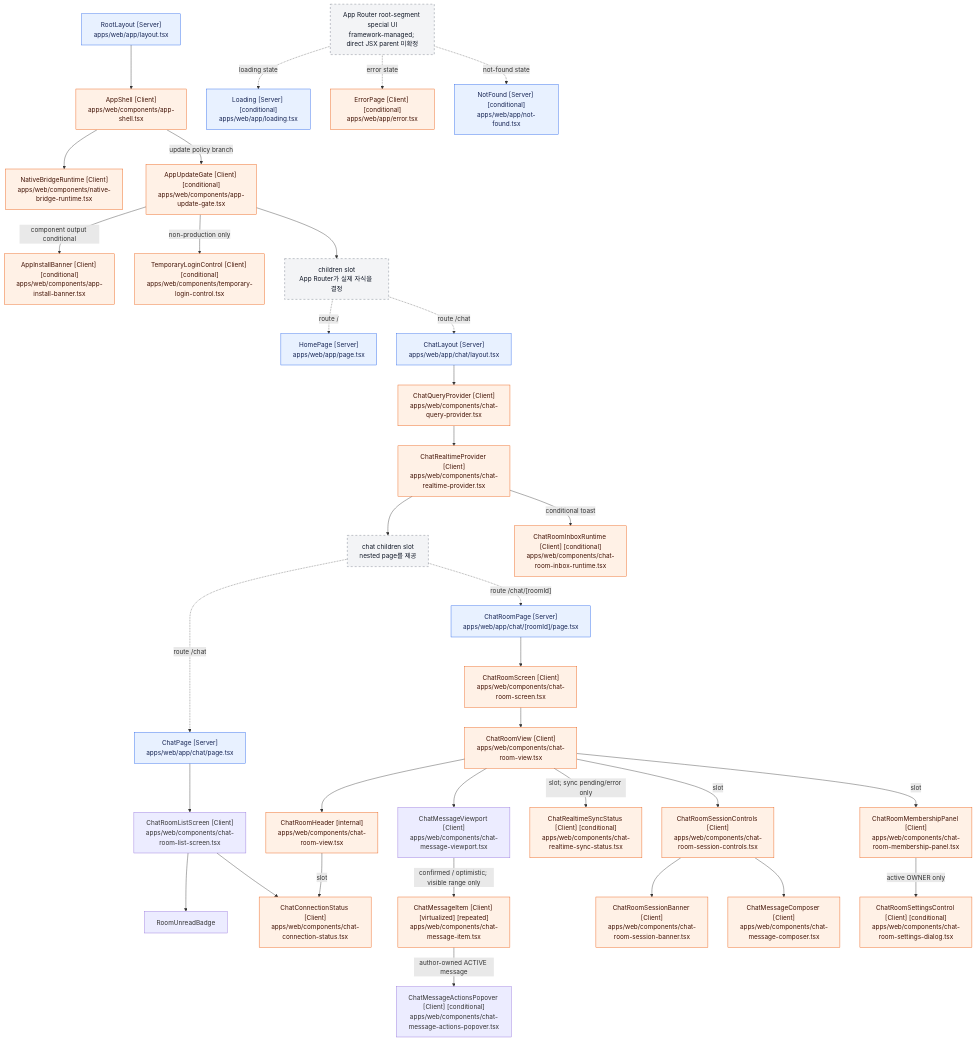
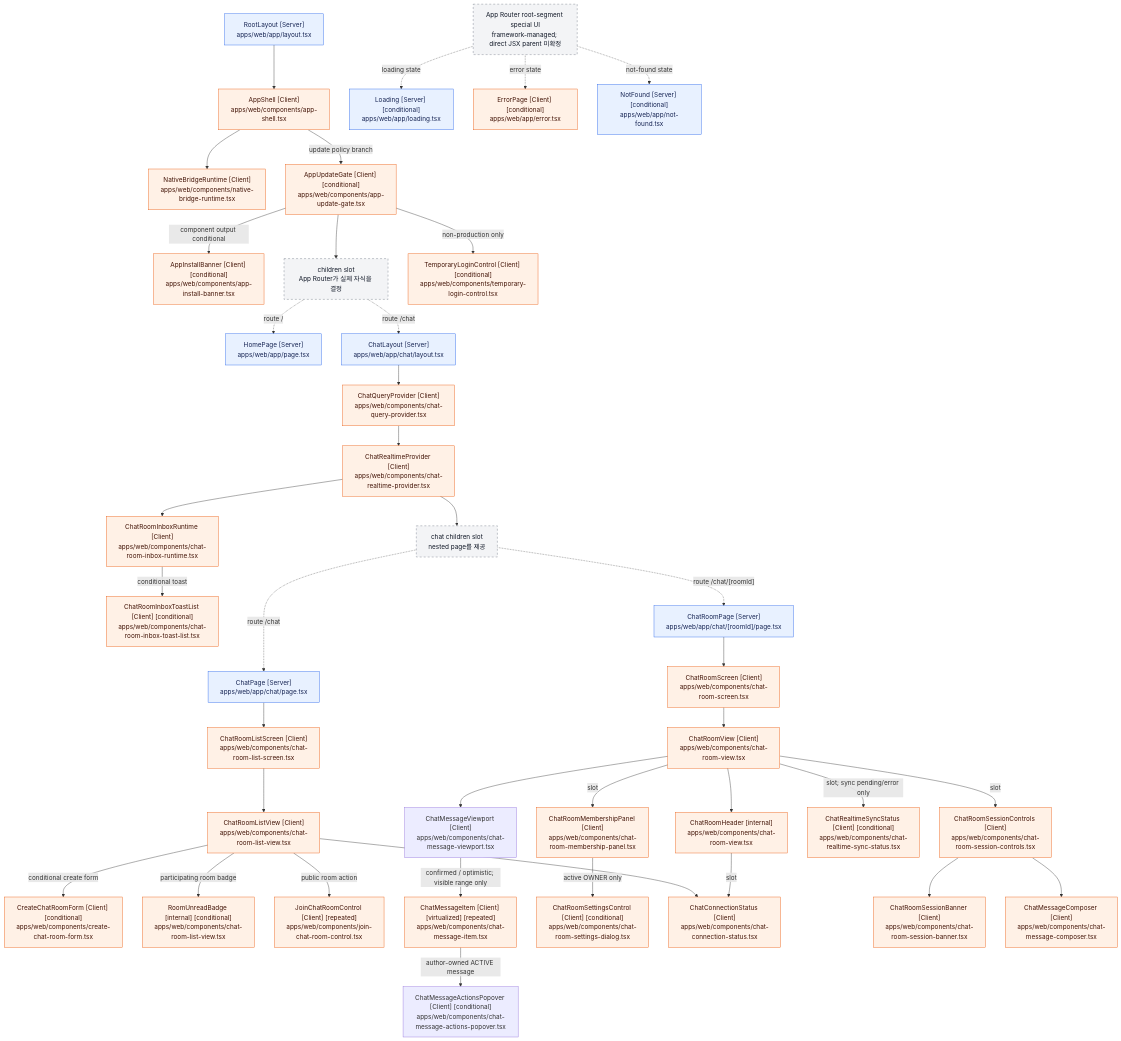
The diagram in docs/architecture/react-component-tree.md (mokpombc17-coder/CIVIC-AI), drawn with Mermaid before and after one commit. The commit also changed other lines of this file and 10 other files, not shown here.

Commit message:
refactor(web): separate chat room list UI behavior

````diff
--- a/docs/architecture/react-component-tree.md
+++ b/docs/architecture/react-component-tree.md
@@ -130,10 +139,15 @@
     ChatLayout["ChatLayout [Server]<br/>apps/web/app/chat/layout.tsx"]
     ChatQueryProvider["ChatQueryProvider [Client]<br/>apps/web/components/chat-query-provider.tsx"]
     ChatRealtimeProvider["ChatRealtimeProvider [Client]<br/>apps/web/components/chat-realtime-provider.tsx"]
-    ChatRoomInboxRuntime["ChatRoomInboxRuntime [Client] [conditional]<br/>apps/web/components/chat-room-inbox-runtime.tsx"]
+    ChatRoomInboxRuntime["ChatRoomInboxRuntime [Client]<br/>apps/web/components/chat-room-inbox-runtime.tsx"]
+    ChatRoomInboxToastList["ChatRoomInboxToastList [Client] [conditional]<br/>apps/web/components/chat-room-inbox-toast-list.tsx"]
     ChatChildrenSlot["chat children slot<br/>nested page를 제공"]
     ChatPage["ChatPage [Server]<br/>apps/web/app/chat/page.tsx"]
     ChatRoomListScreen["ChatRoomListScreen [Client]<br/>apps/web/components/chat-room-list-screen.tsx"]
+    ChatRoomListView["ChatRoomListView [Client]<br/>apps/web/components/chat-room-list-view.tsx"]
+    CreateChatRoomForm["CreateChatRoomForm [Client] [conditional]<br/>apps/web/components/create-chat-room-form.tsx"]
+    RoomUnreadBadge["RoomUnreadBadge [internal] [conditional]<br/>apps/web/components/chat-room-list-view.tsx"]
+    JoinChatRoomControl["JoinChatRoomControl [Client] [repeated]<br/>apps/web/components/join-chat-room-control.tsx"]
     ChatRoomPage["ChatRoomPage [Server]<br/>apps/web/app/chat/[roomId]/page.tsx"]
     ChatRoomScreen["ChatRoomScreen [Client]<br/>apps/web/components/chat-room-screen.tsx"]
     ChatRoomView["ChatRoomView [Client]<br/>apps/web/components/chat-room-view.tsx"]
@@ -167,12 +181,16 @@
     ChatLayout --> ChatQueryProvider
     ChatQueryProvider --> ChatRealtimeProvider
     ChatRealtimeProvider --> ChatChildrenSlot
-    ChatRealtimeProvider -->|"conditional toast"| ChatRoomInboxRuntime
+    ChatRealtimeProvider --> ChatRoomInboxRuntime
+    ChatRoomInboxRuntime -->|"conditional toast"| ChatRoomInboxToastList
     ChatChildrenSlot -. "route /chat" .-> ChatPage
     ChatChildrenSlot -. "route /chat/[roomId]" .-> ChatRoomPage
     ChatPage --> ChatRoomListScreen
-    ChatRoomListScreen --> RoomUnreadBadge
-    ChatRoomListScreen --> ChatConnectionStatus
+    ChatRoomListScreen --> ChatRoomListView
+    ChatRoomListView --> ChatConnectionStatus
+    ChatRoomListView -->|"conditional create form"| CreateChatRoomForm
+    ChatRoomListView -->|"participating room badge"| RoomUnreadBadge
+    ChatRoomListView -->|"public room action"| JoinChatRoomControl
     ChatRoomPage --> ChatRoomScreen
     ChatRoomScreen --> ChatRoomView
     ChatRoomView --> ChatRoomHeader
@@ -196,6 +214,6 @@
     classDef framework fill:#f3f4f6,stroke:#6b7280,color:#111827,stroke-dasharray:5 5;
 
     class RootLayout,HomePage,ChatLayout,ChatPage,ChatRoomPage,Loading,NotFound server;
-    class AppShell,NativeBridgeRuntime,AppUpdateGate,AppInstallBanner,TemporaryLoginControl,ChatQueryProvider,ChatRealtimeProvider,ChatRoomInboxRuntime,ChatRoomScreen,ChatRoomView,ChatRoomHeader,ChatMessageHistory,ChatMessageList,ChatMessageItem,ChatConnectionStatus,ChatRealtimeSyncStatus,ChatRoomSessionControls,ChatRoomSessionBanner,ChatMessageComposer,ChatRoomMembershipPanel,ChatRoomSettingsControl,ErrorPage client;
+    class AppShell,NativeBridgeRuntime,AppUpdateGate,AppInstallBanner,TemporaryLoginControl,ChatQueryProvider,ChatRealtimeProvider,ChatRoomInboxRuntime,ChatRoomInboxToastList,ChatRoomListScreen,ChatRoomListView,CreateChatRoomForm,RoomUnreadBadge,JoinChatRoomControl,ChatRoomScreen,ChatRoomView,ChatRoomHeader,ChatMessageHistory,ChatMessageList,ChatMessageItem,ChatConnectionStatus,ChatRealtimeSyncStatus,ChatRoomSessionControls,ChatRoomSessionBanner,ChatMessageComposer,ChatRoomMembershipPanel,ChatRoomSettingsControl,ErrorPage client;
     class ChildrenSlot,ChatChildrenSlot,SpecialBoundary framework;
 ```
````
